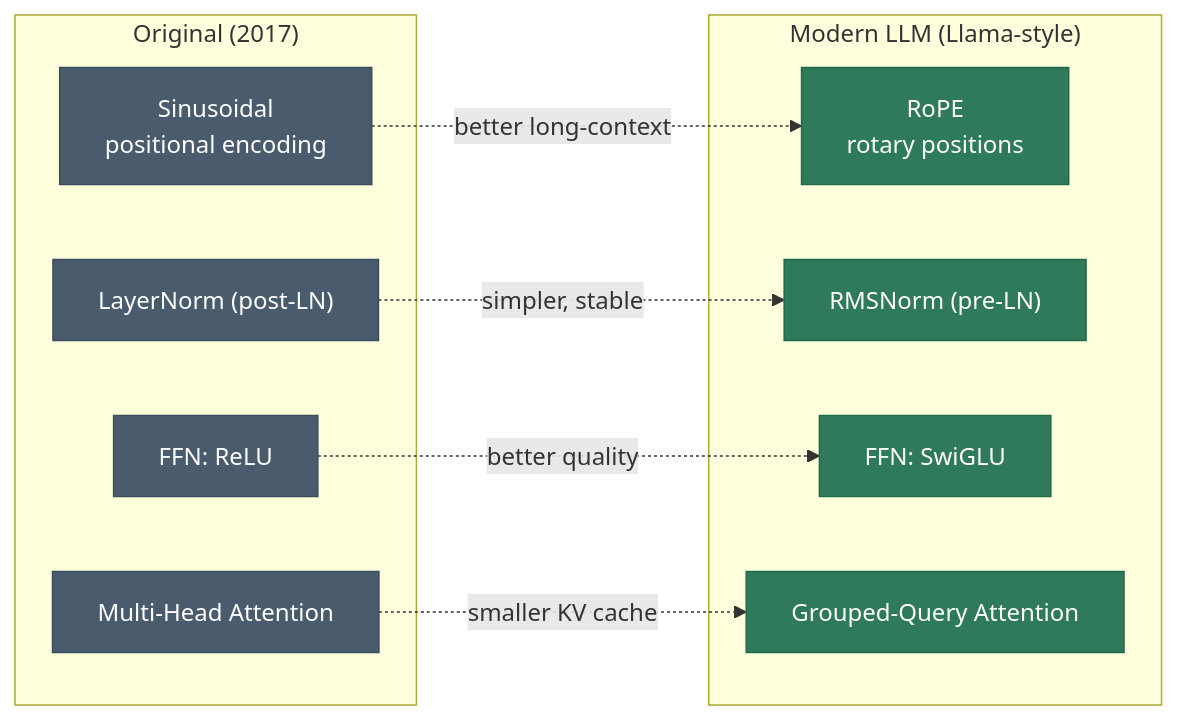
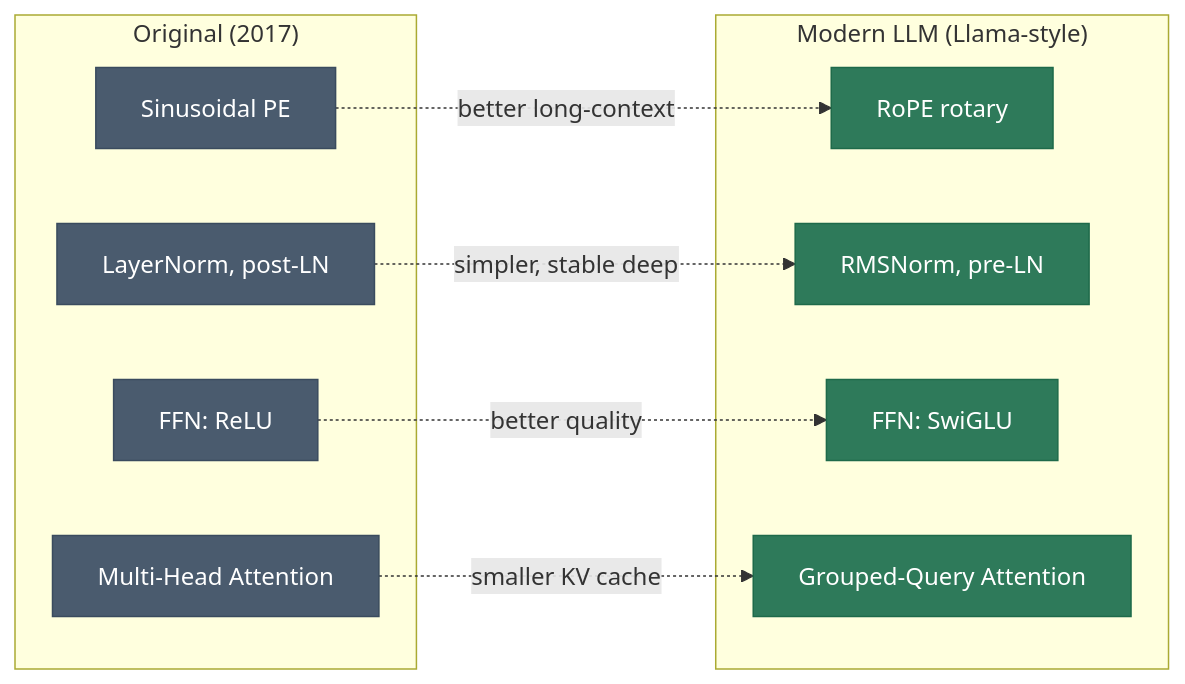
Before and after one commit to sudhir13s/AI-ML-learning-resources: the ninth of 9 diagrams in 05. Deep_Learning/concepts/16-Transformer-Architecture.md, drawn with Mermaid. The commit also changed other lines of this file and 3 other files, not shown here.

````diff
--- a/05. Deep_Learning/concepts/16-Transformer-Architecture.md
+++ b/05. Deep_Learning/concepts/16-Transformer-Architecture.md
@@ -205,22 +541,22 @@
 ```mermaid
 graph LR
     subgraph O["Original (2017)"]
-    O1["Sinusoidal<br/>positional encoding"]:::frozen
-    O2["LayerNorm (post-LN)"]:::frozen
+    O1["Sinusoidal PE"]:::frozen
+    O2["LayerNorm, post-LN"]:::frozen
     O3["FFN: ReLU"]:::frozen
     O4["Multi-Head Attention"]:::frozen
     end
     subgraph M["Modern LLM (Llama-style)"]
-    M1["RoPE<br/>rotary positions"]:::out
-    M2["RMSNorm (pre-LN)"]:::out
+    M1["RoPE rotary"]:::out
+    M2["RMSNorm, pre-LN"]:::out
     M3["FFN: SwiGLU"]:::out
     M4["Grouped-Query Attention"]:::out
     end
     O1 -.->|"better long-context"| M1
-    O2 -.->|"simpler, stable"| M2
+    O2 -.->|"simpler, stable deep"| M2
     O3 -.->|"better quality"| M3
     O4 -.->|"smaller KV cache"| M4
 
     classDef frozen fill:#4A5B6E,stroke:#3A4B5E,color:#fff
     classDef out fill:#2E7A5A,stroke:#1E6A4A,color:#fff
 ```
````
